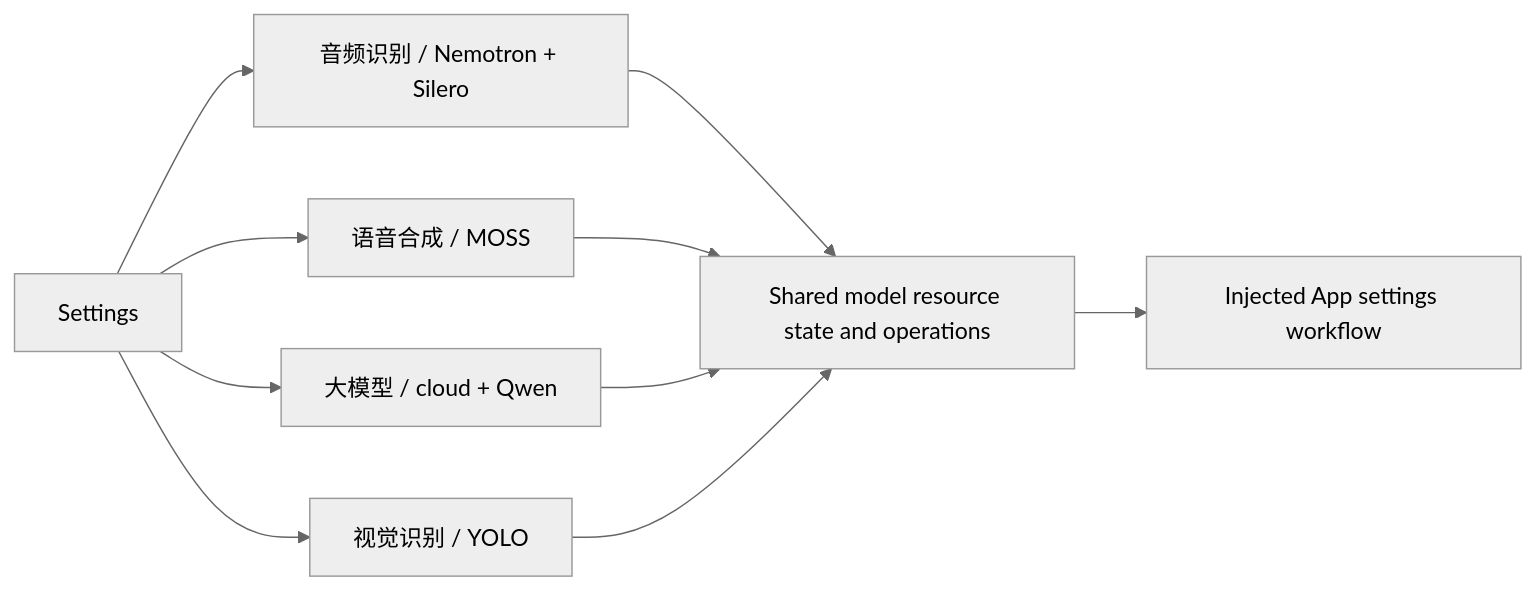
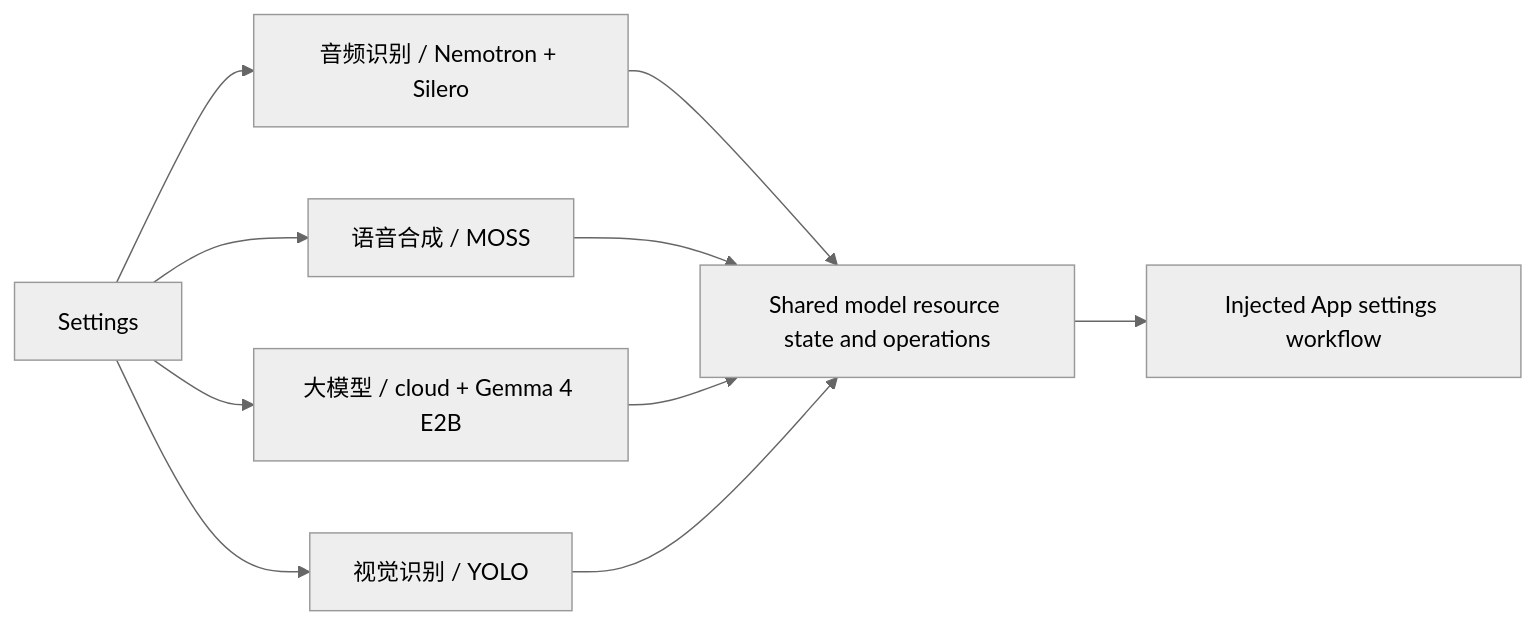
The third of 3 diagrams in MobileHarness/UI/Settings/README.md (devilyouwei/MobileHarness), drawn with Mermaid (neutral theme) before and after one commit. The commit also changed other lines of this file and 75 other files, not shown here.

Commit message:
Replace Qwen MLX chat with Gemma 4 CoreAI

````diff
--- a/MobileHarness/UI/Settings/README.md
+++ b/MobileHarness/UI/Settings/README.md
@@ -165,12 +165,12 @@
 ```mermaid
 flowchart LR
     Settings --> ASR[音频识别 / Nemotron + Silero]
     Settings --> TTS[语音合成 / MOSS]
-    Settings --> LLM[大模型 / cloud + Qwen]
+    Settings --> LLM[大模型 / cloud + Gemma 4 E2B]
     Settings --> Vision[视觉识别 / YOLO]
     ASR --> Resources[Shared model resource state and operations]
     TTS --> Resources
     LLM --> Resources
     Vision --> Resources
     Resources --> Workflow[Injected App settings workflow]
 ```
````
